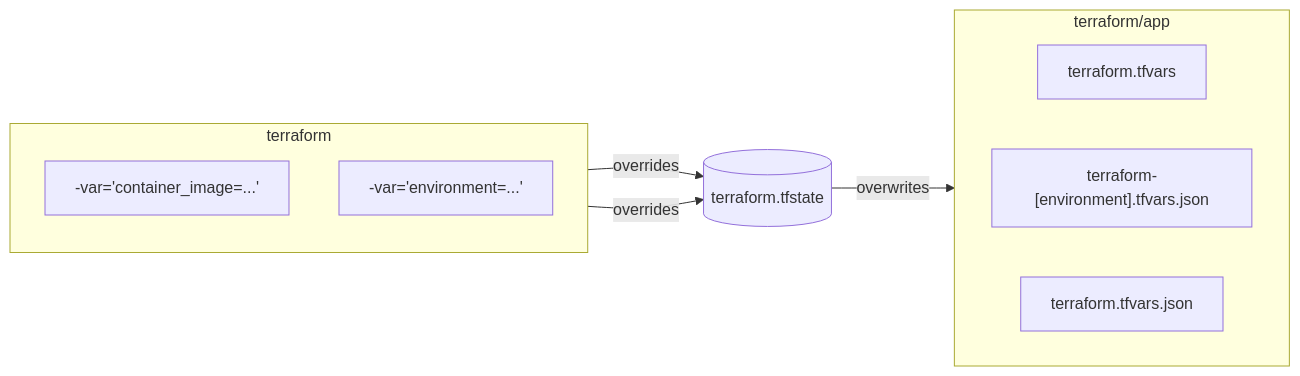
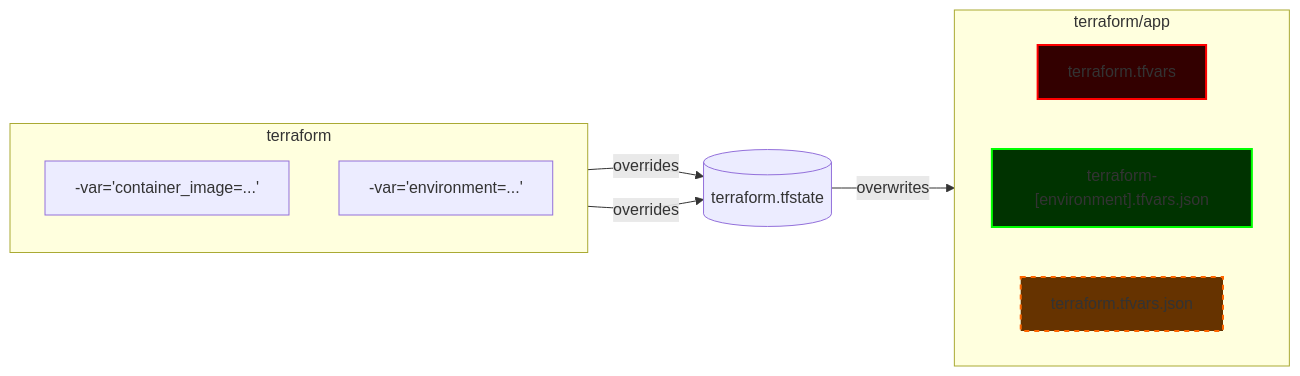
The diagram in docs/adrs/8 - Machine configuration files.md (dukeofgaming/ipfs-metadata), drawn with Mermaid before and after one commit. The commit also changed 5 other files, not shown here.

Commit message:
Documentation touch-ups and local terraform.tfvars.json generator

````diff
--- a/docs/adrs/8 - Machine configuration files.md
+++ b/docs/adrs/8 - Machine configuration files.md
@@ -28,32 +28,32 @@
 ```mermaid
 
 graph LR
     subgraph terraform_app["terraform/app"]
         direction LR
         
         terraform_tfvars["terraform.tfvars"]
         terraform_environment_tfvars_json["terraform-[environment].tfvars.json"]
 
         terraform_tfvars_json["terraform.tfvars.json"]
         
     end
 
     terraform_app 
     tfstate[("terraform.tfstate")]
 
     subgraph terraform
         direction TB
         var_environment["-var='container_image=...'"]
         var_container_image["-var='environment=...'"]
     end
 
-    
-
     var_environment-- overrides --> tfstate
     var_container_image-- overrides --> tfstate
 
     tfstate-- overwrites --> terraform_environment_tfvars_json
 
-
+    style terraform_tfvars stroke:#f00, stroke-width:2px, fill:#300
+    style terraform_environment_tfvars_json stroke:#0f0, stroke-width:2px, fill:#030
+    style terraform_tfvars_json stroke:#f60, stroke-width:2px, fill:#630, stroke-dasharray:5,5
 
 ```
````
